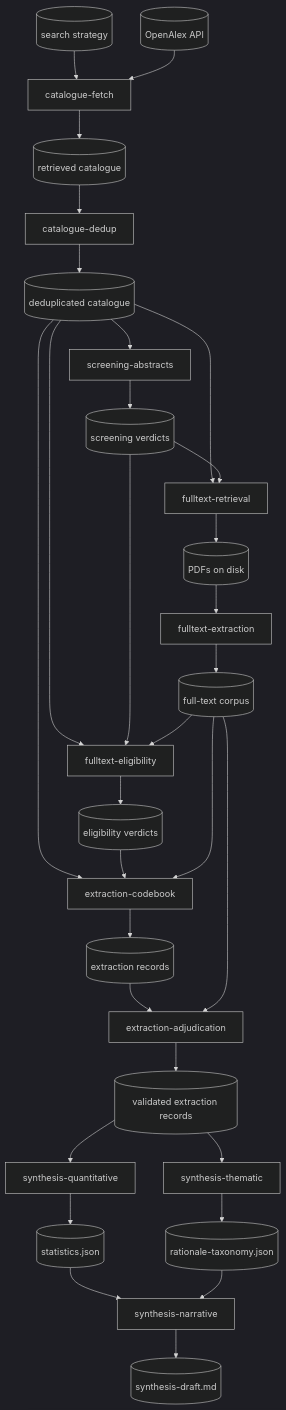
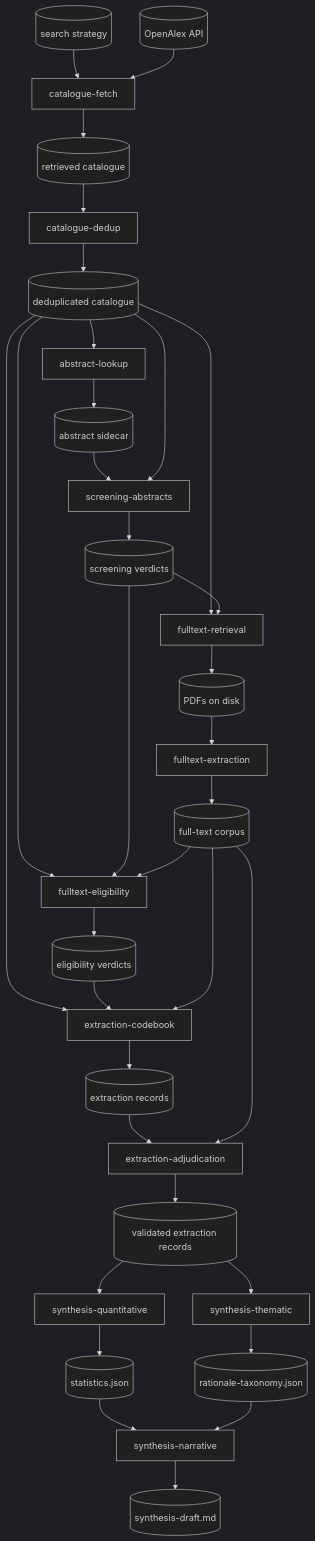
The diagram in docs/pipeline.md (geomar-od-lagrange/2026_laglitsynth), drawn with Mermaid (dark theme) before and after one commit. The commit also changed other lines of this file and 78 other files, not shown here.

````diff
--- a/docs/pipeline.md
+++ b/docs/pipeline.md
@@ -225,59 +240,64 @@
 ```mermaid
 graph TD
     KW[(search strategy)]
     OA[(OpenAlex API)]
     RCAT[(retrieved catalogue)]
     DCAT[(deduplicated catalogue)]
+    ABS[(abstract sidecar)]
     SVERD[(screening verdicts)]
     EVERD[(eligibility verdicts)]
     PDFS[(PDFs on disk)]
     FTC[(full-text corpus)]
     EXT[(extraction records)]
     EXTV[(validated extraction records)]
     STAT[(statistics.json)]
     TAX[(rationale-taxonomy.json)]
     SYN[(synthesis-draft.md)]
 
     FETCH[catalogue-fetch]
     DEDUP[catalogue-dedup]
+    ALOOKUP[abstract-lookup]
     SCREEN[screening-abstracts]
     RETRIEVE[fulltext-retrieval]
     GROBID[fulltext-extraction]
     ELIG[fulltext-eligibility]
     EXTRACT[extraction-codebook]
     ADJUD2[extraction-adjudication]
     QSYNTH[synthesis-quantitative]
     TSYNTH[synthesis-thematic]
     NARR[synthesis-narrative]
 
     KW --> FETCH
     OA --> FETCH
     FETCH --> RCAT
     RCAT --> DEDUP
     DEDUP --> DCAT
+    DCAT --> ALOOKUP
+    ALOOKUP --> ABS
+    ABS --> SCREEN
     DCAT --> SCREEN
     SCREEN --> SVERD
     DCAT --> RETRIEVE
     SVERD --> RETRIEVE
     RETRIEVE --> PDFS
     PDFS --> GROBID
     GROBID --> FTC
     DCAT --> ELIG
     SVERD --> ELIG
     FTC --> ELIG
     ELIG --> EVERD
     DCAT --> EXTRACT
     EVERD --> EXTRACT
     FTC --> EXTRACT
     EXTRACT --> EXT
     EXT --> ADJUD2
     FTC --> ADJUD2
     ADJUD2 --> EXTV
     EXTV --> QSYNTH
     EXTV --> TSYNTH
     QSYNTH --> STAT
     TSYNTH --> TAX
     STAT --> NARR
     TAX --> NARR
     NARR --> SYN
 ```
````
